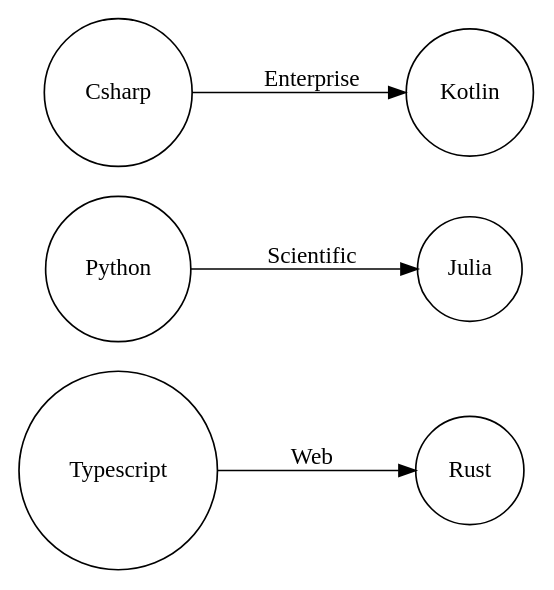
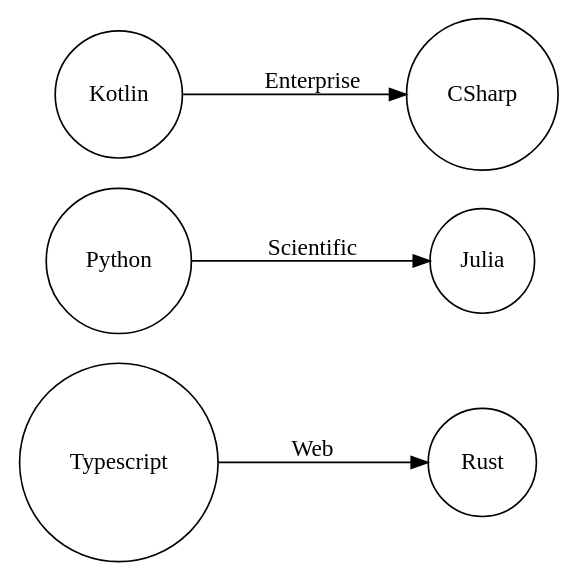
One commit to man-chi/foundation changed the diagram in antora/docs/modules/ROOT/pages/devtool/language.adoc. Above: the diagram before and after it, drawn with Graphviz. The commit also changed other lines of this file and 15 other files, not shown here.

```diff
--- a/antora/docs/modules/ROOT/pages/devtool/language.adoc
+++ b/antora/docs/modules/ROOT/pages/devtool/language.adoc
@@ -6,19 +6,19 @@
 [graphviz]
 ....
 digraph finite_state_machine {
 
 	rankdir=LR;
 	size="5,5";
 
     node [shape = circle]; Typescript;
     node [shape = circle]; Python;
     node [shape = circle]; Kotlin;
     node [shape = circle]; Rust;
-    node [shape = circle]; Csharp;
+    node [shape = circle]; CSharp;
     node [shape = circle]; Julia;
 
- 	Csharp -> Kotlin [ label = "Enterprise" ];
+ 	Kotlin -> CSharp [ label = "Enterprise" ];
   Python -> Julia [ label = "Scientific" ];
 	Typescript -> Rust [ label = "Web" ];
 }
 ....
```
